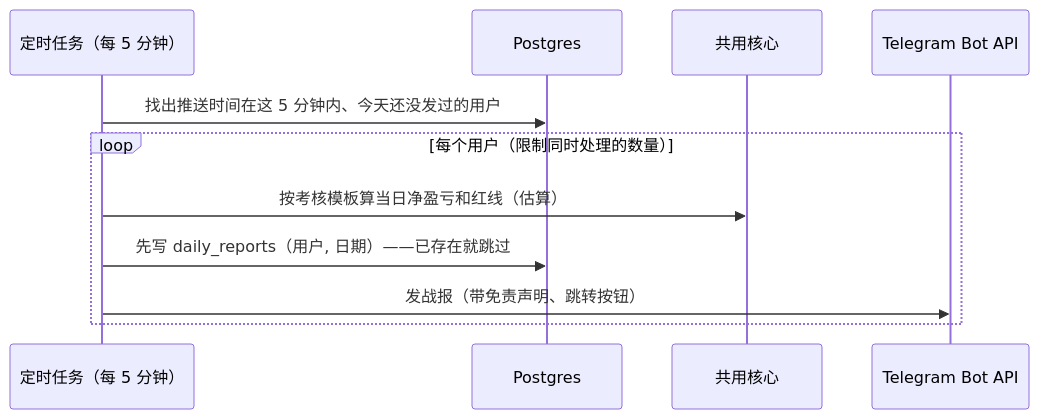
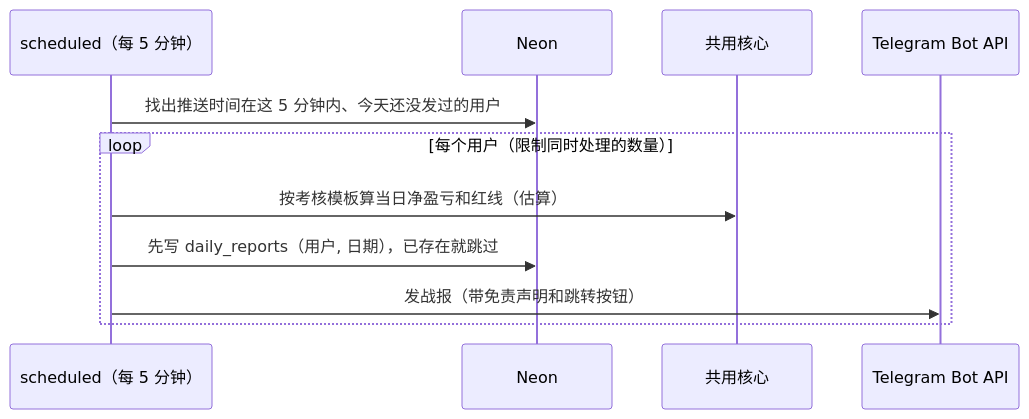
One commit to dollar3651314/trading-journal changed the third of 4 diagrams in 00-架构方案.md. Above: the diagram before and after it, drawn with Mermaid. The commit also changed other lines of this file and 15 other files, not shown here.

First line of the commit message:
架构方案 v0.2 草稿：平台改为 Cloudflare Workers、Vite + React + Hono、子地址收件；风格方向 1 的效果图 13 张

````diff
--- a/00-架构方案.md
+++ b/00-架构方案.md
@@ -138,13 +146,13 @@
 ```mermaid
 sequenceDiagram
-    participant Cron as 定时任务（每 5 分钟）
-    participant DB as Postgres
+    participant Cron as scheduled（每 5 分钟）
+    participant DB as Neon
     participant Core as 共用核心
     participant TG as Telegram Bot API
     Cron->>DB: 找出推送时间在这 5 分钟内、今天还没发过的用户
     loop 每个用户（限制同时处理的数量）
         Cron->>Core: 按考核模板算当日净盈亏和红线（估算）
-        Cron->>DB: 先写 daily_reports（用户, 日期）——已存在就跳过
-        Cron->>TG: 发战报（带免责声明、跳转按钮）
+        Cron->>DB: 先写 daily_reports（用户, 日期），已存在就跳过
+        Cron->>TG: 发战报（带免责声明和跳转按钮）
     end
 ```
````
